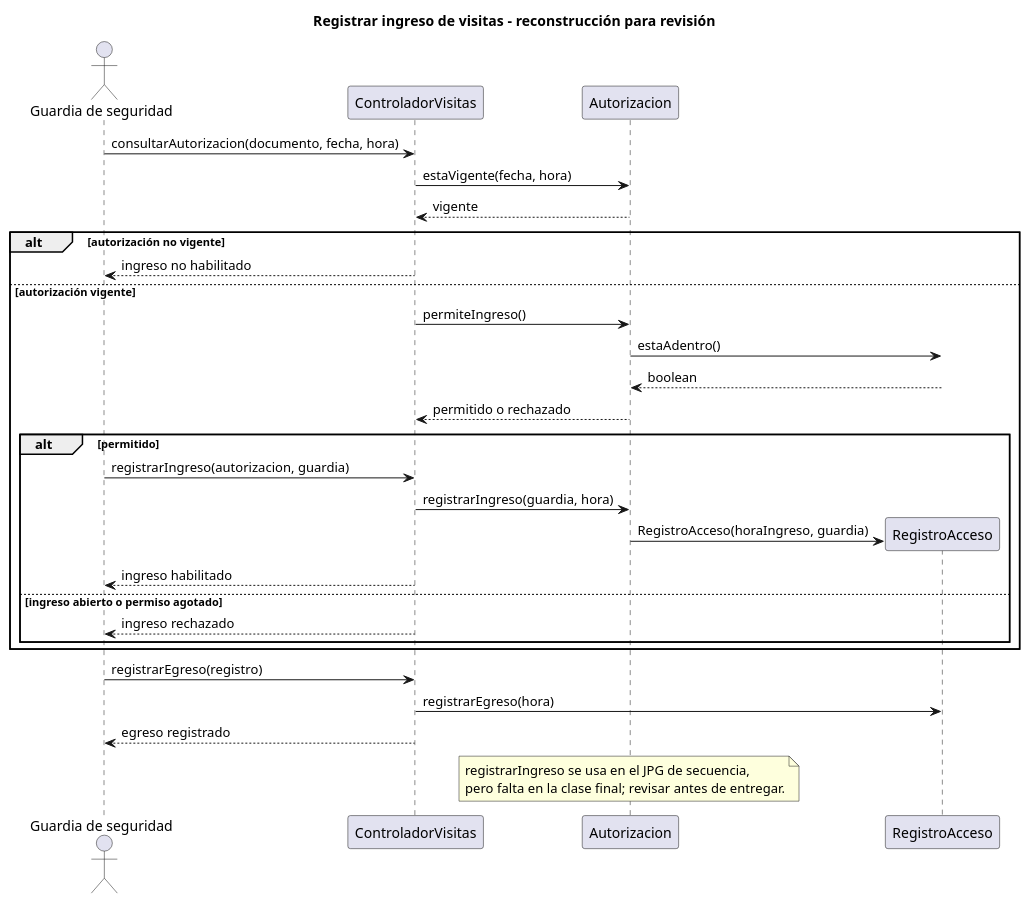
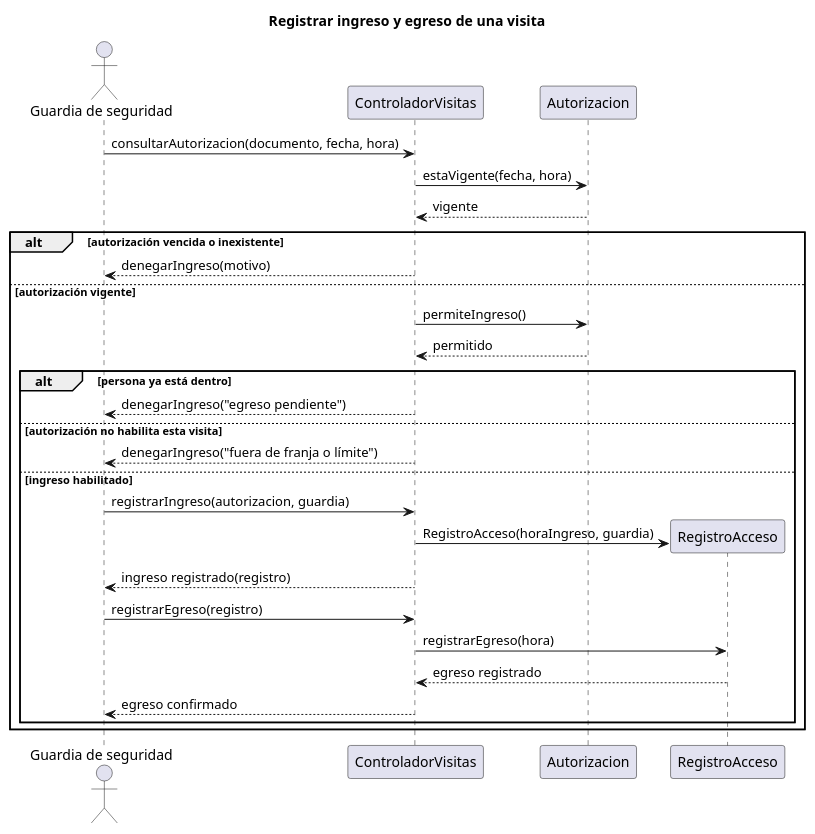
Before and after one commit to LukaSubotovsky/Paradigma-orientado-a-objetos: the diagram in Docs/UML/04_secuencia_visitas.puml, drawn with PlantUML. The commit also changed 4 other files, not shown here.

First line of the commit message:
Actualiza diagramas y secuencias con el modelo final

```diff
--- a/Docs/UML/04_secuencia_visitas.puml
+++ b/Docs/UML/04_secuencia_visitas.puml
@@ -1,35 +1,31 @@
 @startuml
 skinparam classAttributeIconSize 0
-title Registrar ingreso de visitas - reconstrucción para revisión
+title Registrar ingreso y egreso de una visita
 actor "Guardia de seguridad" as G
 participant ControladorVisitas as C
 participant Autorizacion as A
 participant RegistroAcceso as R
 G -> C : consultarAutorizacion(documento, fecha, hora)
 C -> A : estaVigente(fecha, hora)
 A --> C : vigente
-alt autorización no vigente
- C --> G : ingreso no habilitado
+alt autorización vencida o inexistente
+ C --> G : denegarIngreso(motivo)
 else autorización vigente
  C -> A : permiteIngreso()
- A -> R : estaAdentro()
- R --> A : boolean
- A --> C : permitido o rechazado
- alt permitido
+ A --> C : permitido
+ alt persona ya está dentro
+  C --> G : denegarIngreso("egreso pendiente")
+ else autorización no habilita esta visita
+  C --> G : denegarIngreso("fuera de franja o límite")
+ else ingreso habilitado
   G -> C : registrarIngreso(autorizacion, guardia)
-  C -> A : registrarIngreso(guardia, hora)
   create R
-  A -> R : RegistroAcceso(horaIngreso, guardia)
-  C --> G : ingreso habilitado
- else ingreso abierto o permiso agotado
-  C --> G : ingreso rechazado
+  C -> R : RegistroAcceso(horaIngreso, guardia)
+  C --> G : ingreso registrado(registro)
+  G -> C : registrarEgreso(registro)
+  C -> R : registrarEgreso(hora)
+  R --> C : egreso registrado
+  C --> G : egreso confirmado
  end
 end
-G -> C : registrarEgreso(registro)
-C -> R : registrarEgreso(hora)
-C --> G : egreso registrado
-note over A
-registrarIngreso se usa en el JPG de secuencia,
-pero falta en la clase final; revisar antes de entregar.
-end note
 @enduml
```
